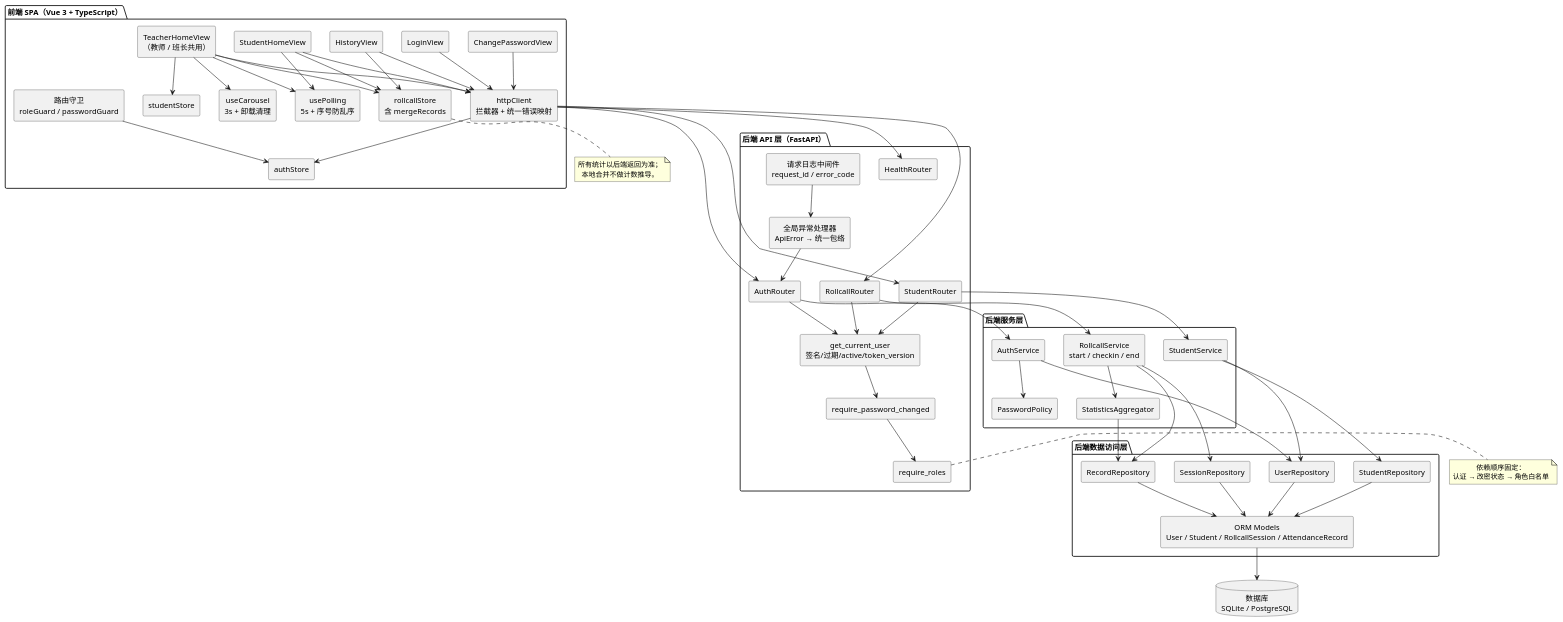
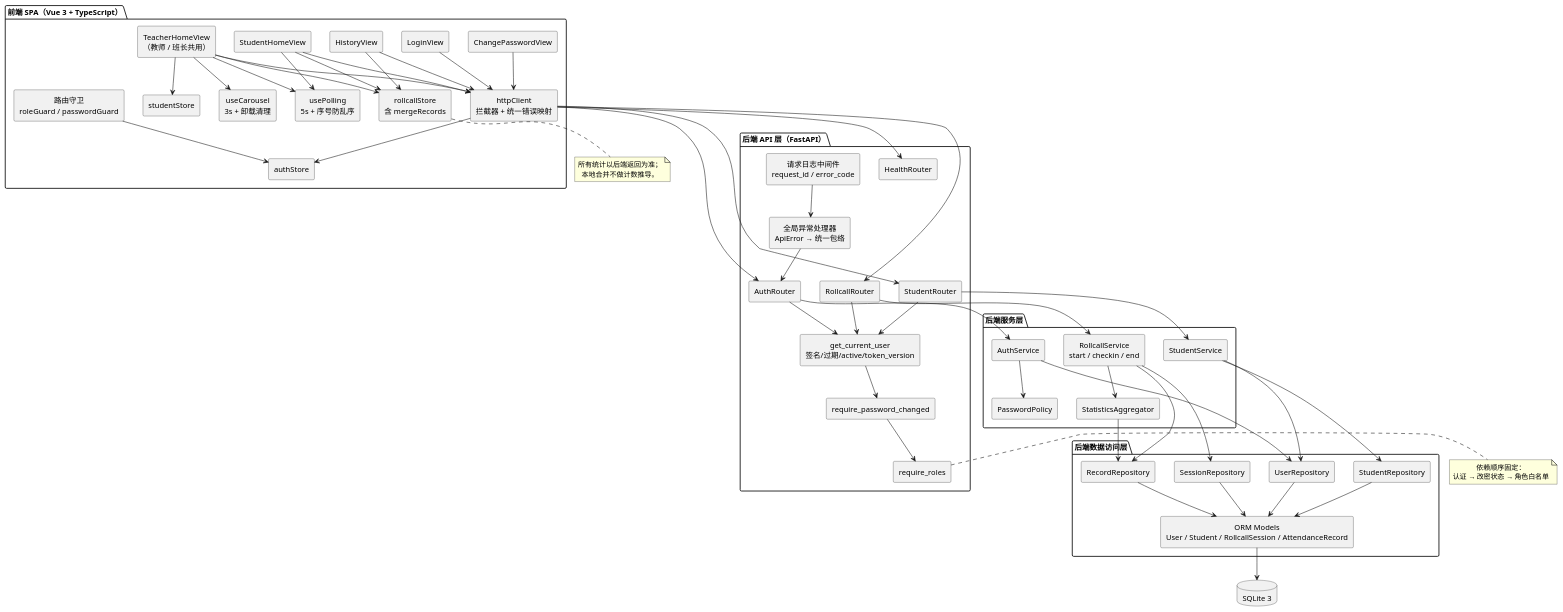
The second of 8 diagrams in .codeartsdoer/specs/teacher_rollcall/design.md (sparrow-max/teachers-treasure), drawn with PlantUML before and after one commit. The commit also changed other lines of this file and 33 other files, not shown here.

First line of the commit message:
feat(database): 实现 SQLite + SQLAlchemy 数据库层 (#6)

```diff
--- a/.codeartsdoer/specs/teacher_rollcall/design.md
+++ b/.codeartsdoer/specs/teacher_rollcall/design.md
@@ -345,7 +345,7 @@
   [ORM Models\nUser / Student / RollcallSession / AttendanceRecord] as OM
 }
 
-database "数据库\nSQLite / PostgreSQL" as DB
+database "SQLite 3" as DB
 
 LV --> HC
 CPV --> HC
```
